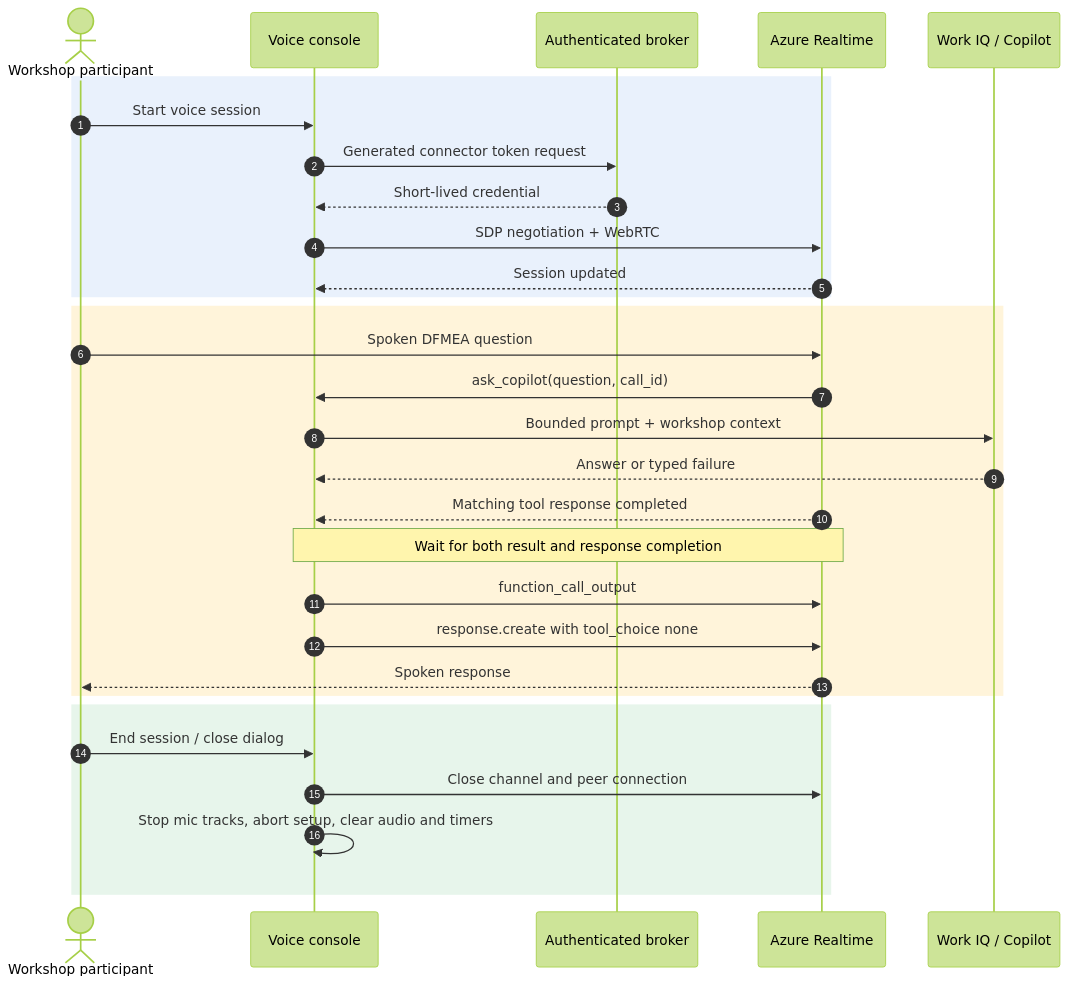
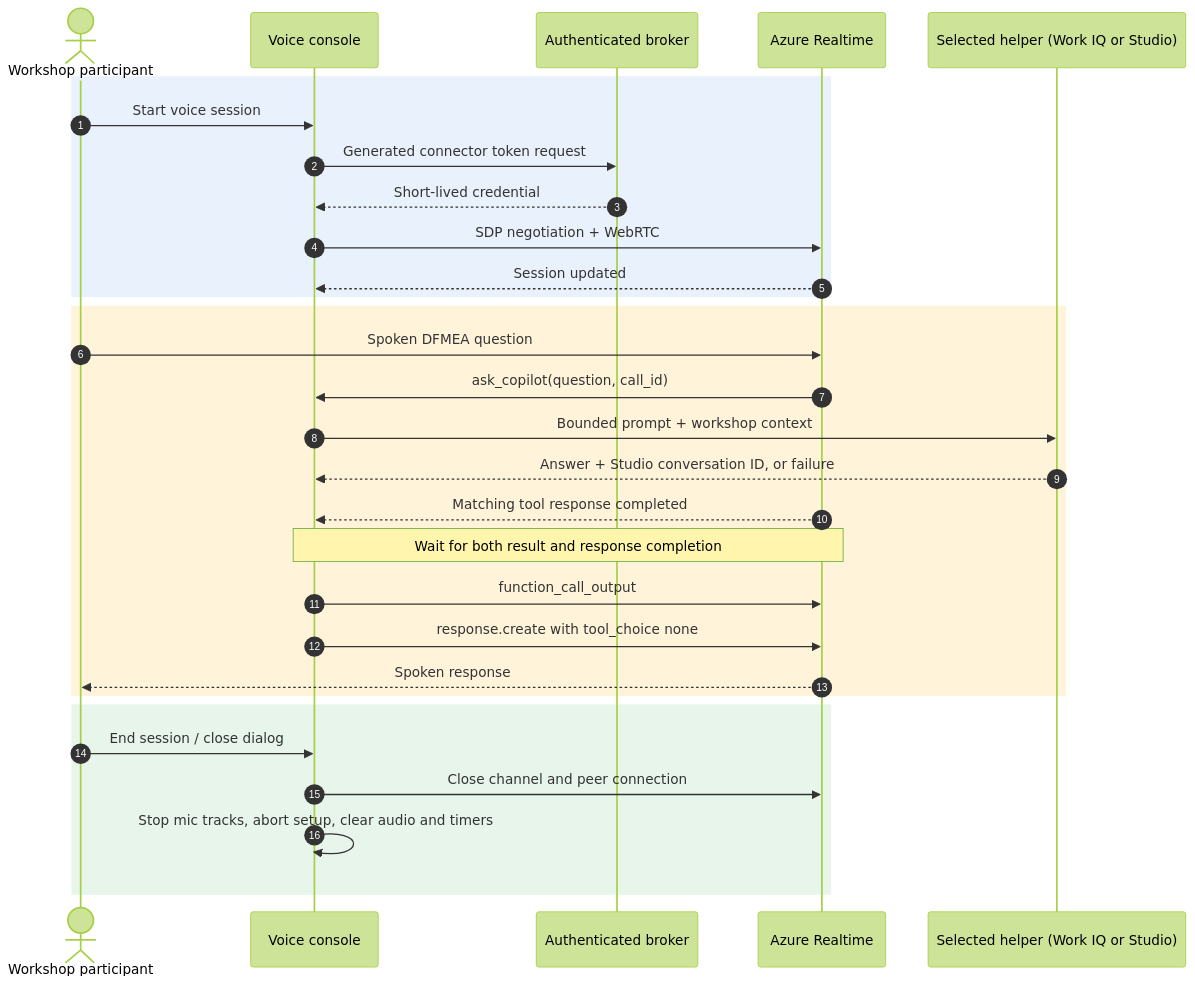
Before and after one commit to Roelzz/code_app_voice: the fourth of 5 diagrams in README.md, drawn with Mermaid (forest theme). The commit also changed other lines of this file and 16 other files, not shown here.

````diff
--- a/README.md
+++ b/README.md
@@ -146,32 +172,32 @@
 ```mermaid
 sequenceDiagram
     autonumber
     actor User as Workshop participant
     participant UI as Voice console
     participant Broker as Authenticated broker
     participant RT as Azure Realtime
-    participant IQ as Work IQ / Copilot
+    participant IQ as Selected helper (Work IQ or Studio)
     rect rgb(233, 241, 252)
         User->>UI: Start voice session
         UI->>Broker: Generated connector token request
         Broker-->>UI: Short-lived credential
         UI->>RT: SDP negotiation + WebRTC
         RT-->>UI: Session updated
     end
     rect rgb(255, 244, 218)
         User->>RT: Spoken DFMEA question
         RT->>UI: ask_copilot(question, call_id)
         UI->>IQ: Bounded prompt + workshop context
-        IQ-->>UI: Answer or typed failure
+        IQ-->>UI: Answer + Studio conversation ID, or failure
         RT-->>UI: Matching tool response completed
         Note over UI,RT: Wait for both result and response completion
         UI->>RT: function_call_output
         UI->>RT: response.create with tool_choice none
         RT-->>User: Spoken response
     end
     rect rgb(231, 245, 235)
         User->>UI: End session / close dialog
         UI->>RT: Close channel and peer connection
         UI->>UI: Stop mic tracks, abort setup, clear audio and timers
     end
 ```
````
